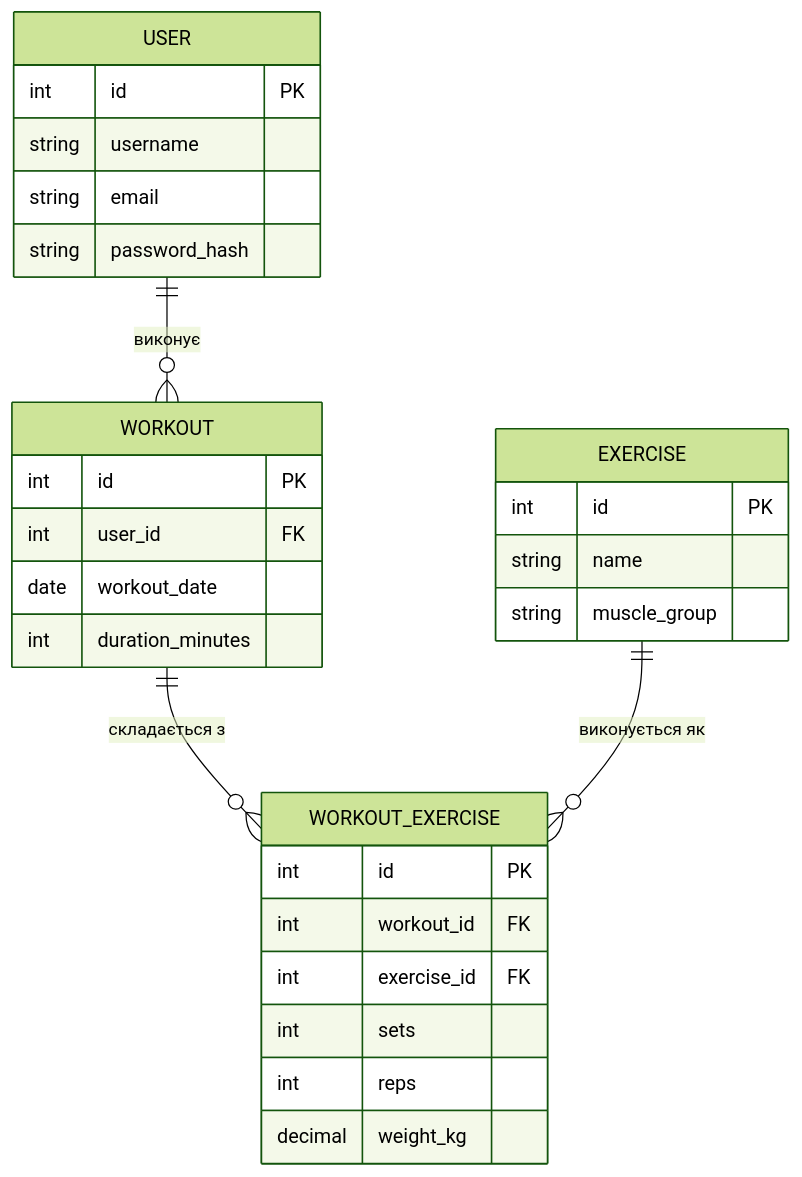
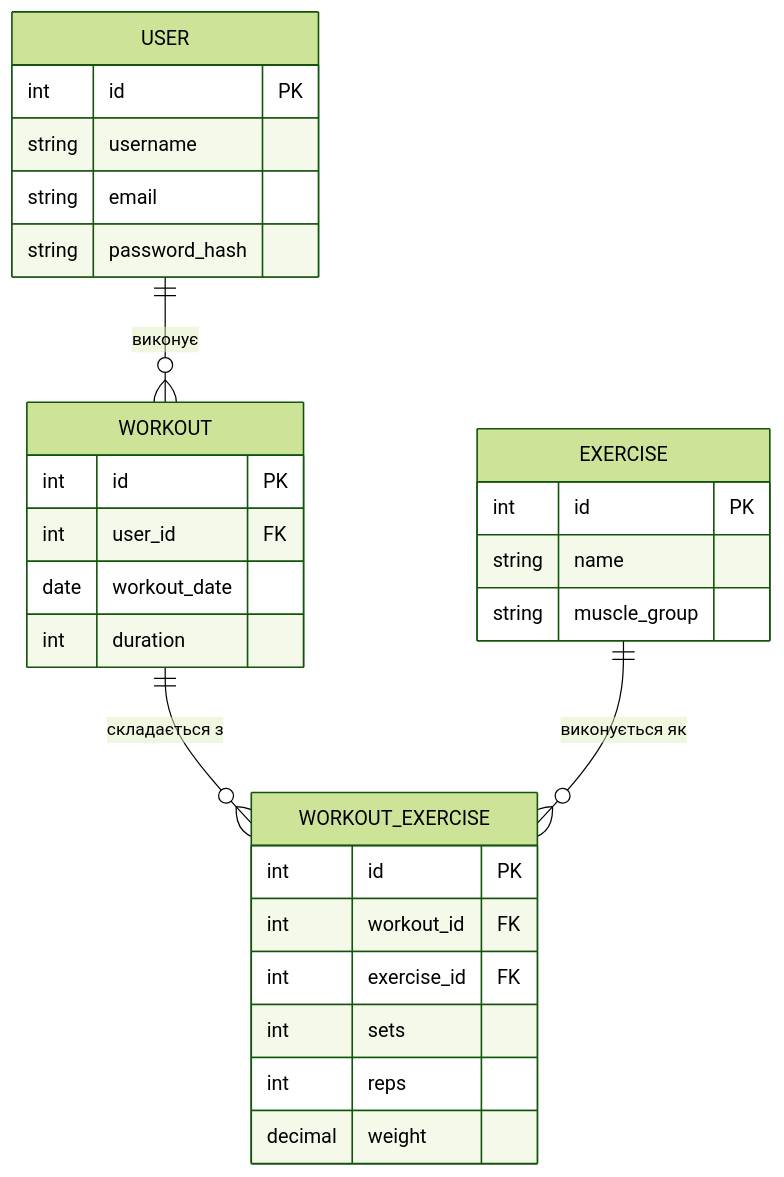
One commit to setlors/kpi-2 changed the diagram in task-1/er-diagram.md. Above: the diagram before and after it, drawn with Mermaid (forest theme). The commit also changed 1 other file, not shown here.

Commit message:
refactor ER diagram and spec.md for consistency in naming conventions

````diff
--- a/task-1/er-diagram.md
+++ b/task-1/er-diagram.md
@@ -1,32 +1,32 @@
 ```mermaid
 erDiagram
     USER ||--o{ WORKOUT : "виконує"
     WORKOUT ||--o{ WORKOUT_EXERCISE : "складається з"
     EXERCISE ||--o{ WORKOUT_EXERCISE : "виконується як"
 
     USER {
         int id PK
         string username
         string email
         string password_hash
     }
     WORKOUT {
         int id PK
         int user_id FK
         date workout_date
-        int duration_minutes
+        int duration
     }
     EXERCISE {
         int id PK
         string name
         string muscle_group
     }
     WORKOUT_EXERCISE {
         int id PK
         int workout_id FK
         int exercise_id FK
         int sets
         int reps
-        decimal weight_kg
+        decimal weight
     }
 ```
````
